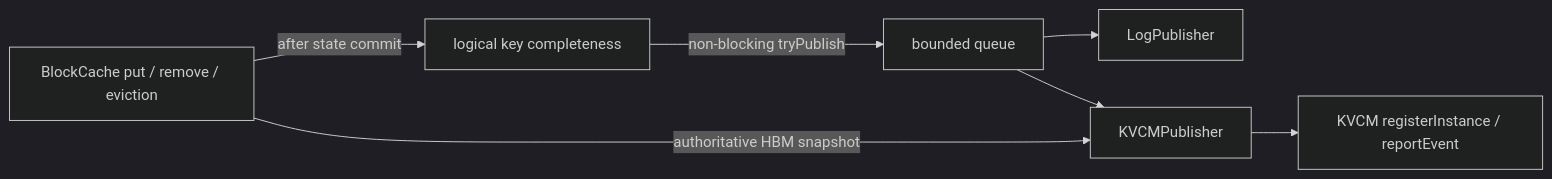
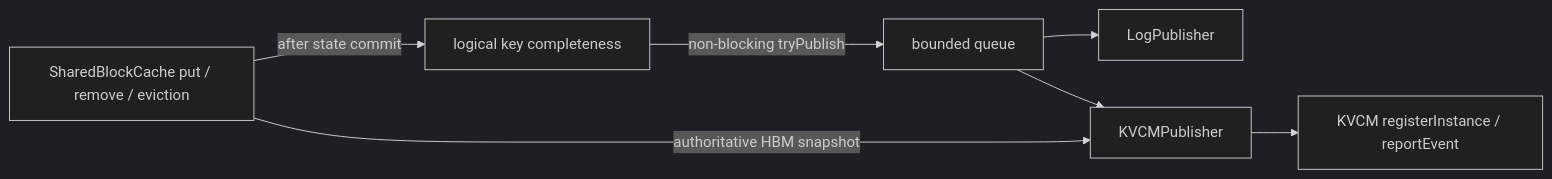
Before and after one commit to alibaba/rtp-llm: the diagram in docs/backend/kv_cache_event_publisher.md, drawn with Mermaid (dark theme). The commit also changed other lines of this file and 11 other files, not shown here.

````diff
--- a/docs/backend/kv_cache_event_publisher.md
+++ b/docs/backend/kv_cache_event_publisher.md
@@ -10,9 +10,9 @@
 ```mermaid
 flowchart LR
-    Cache["BlockCache put / remove / eviction"] -->|"after state commit"| Logical["logical key completeness"]
+    Cache["SharedBlockCache put / remove / eviction"] -->|"after state commit"| Logical["logical key completeness"]
     Logical -->|"non-blocking tryPublish"| Queue["bounded queue"]
     Queue --> Log["LogPublisher"]
     Queue --> KVCM["KVCMPublisher"]
     KVCM --> API["KVCM registerInstance / reportEvent"]
     Cache -->|"authoritative HBM snapshot"| KVCM
 ```
````
